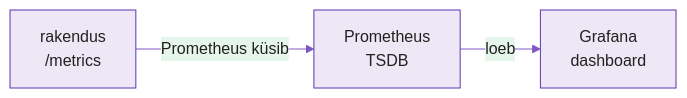
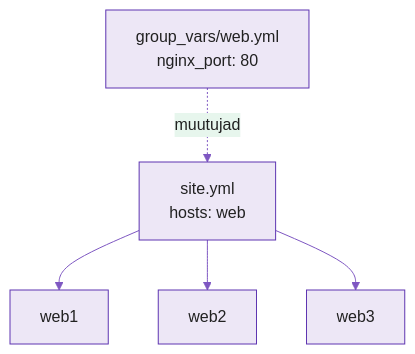
One commit to hkhk-automation/devops changed the diagram in docs/week12/lecture.md. Above: the diagram before and after it, drawn with Mermaid. The commit also changed other lines of this file and 157 other files, not shown here.

Commit message:
Refactor week 12 lecture to focus on Ansible IaC, update learning outcomes, and enhance visibility of infrastructure management concepts. Revise week 13 capstone task to emphasize IaC and group_vars usage. Update mkdocs configuration for improved navigation and add new career path SVG graphic.

````diff
--- a/docs/week12/lecture.md
+++ b/docs/week12/lecture.md
@@ -50,6 +55,8 @@
 ```mermaid
 %%{init: {'theme':'base','themeVariables':{'primaryColor':'#ede7f6','primaryBorderColor':'#5e35b1','primaryTextColor':'#212121','lineColor':'#7e57c2'}}}%%
-graph LR
-    A[rakendus<br/>/metrics] -->|Prometheus küsib| P[Prometheus<br/>TSDB]
-    P -->|loeb| G[Grafana<br/>dashboard]
+graph TD
+    P[site.yml<br/>hosts: web] --> W1[web1]
+    P --> W2[web2]
+    P --> W3[web3]
+    G[group_vars/web.yml<br/>nginx_port: 80] -.muutujad.-> P
 ```
````
